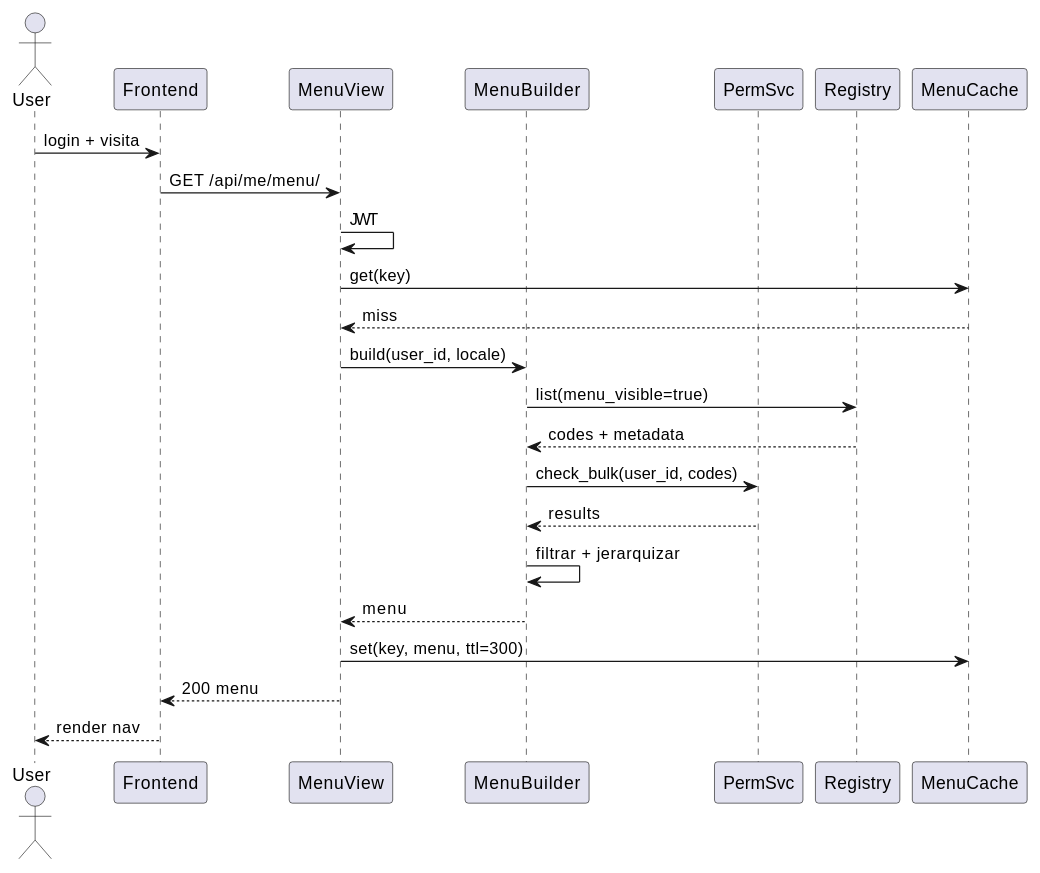
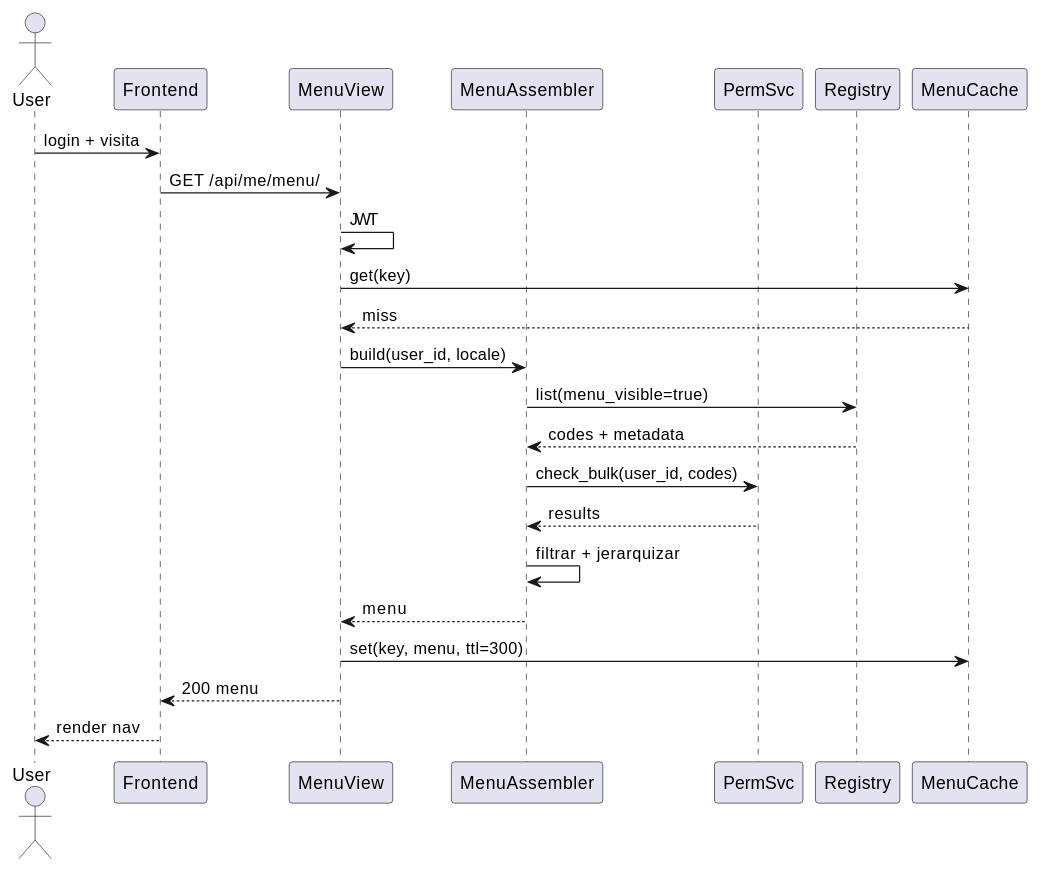
Before and after one commit to jcg-admin/IACT-docs: the diagram in source/requisitos/casos-uso/permissions/uc-perm-08/diagramas-uml/diagrama-de-secuencia.rst, drawn with PlantUML. The commit also changed 12 other files, not shown here.

First line of the commit message:
Rename non-fluent Builder classes to Assembler (WP-E 7-11/13)

```diff
--- a/source/requisitos/casos-uso/permissions/uc-perm-08/diagramas-uml/diagrama-de-secuencia.rst
+++ b/source/requisitos/casos-uso/permissions/uc-perm-08/diagramas-uml/diagrama-de-secuencia.rst
@@ -4,30 +4,30 @@
 .. uml::
  :caption: UC_PERM_08 — cache miss
 
  @startuml
 
  actor "User" as User
  participant "Frontend" as Frontend
  participant "MenuView" as Menuview
- participant "MenuBuilder" as Menubuilder
+ participant "MenuAssembler" as Menubuilder
  participant "PermSvc" as Permsvc
  participant "Registry" as Registry
  participant "MenuCache" as Menucache
 
  User -> Frontend: login + visita
  Frontend -> Menuview: GET /api/me/menu/
  Menuview -> Menuview: JWT
  Menuview -> Menucache: get(key)
  Menucache --> Menuview: miss
  Menuview -> Menubuilder: build(user_id, locale)
  Menubuilder -> Registry: list(menu_visible=true)
  Registry --> Menubuilder: codes + metadata
  Menubuilder -> Permsvc: check_bulk(user_id, codes)
  Permsvc --> Menubuilder: results
  Menubuilder -> Menubuilder: filtrar + jerarquizar
  Menubuilder --> Menuview: menu
  Menuview -> Menucache: set(key, menu, ttl=300)
  Menuview --> Frontend: 200 menu
  Frontend --> User: render nav
 
  @enduml
```
